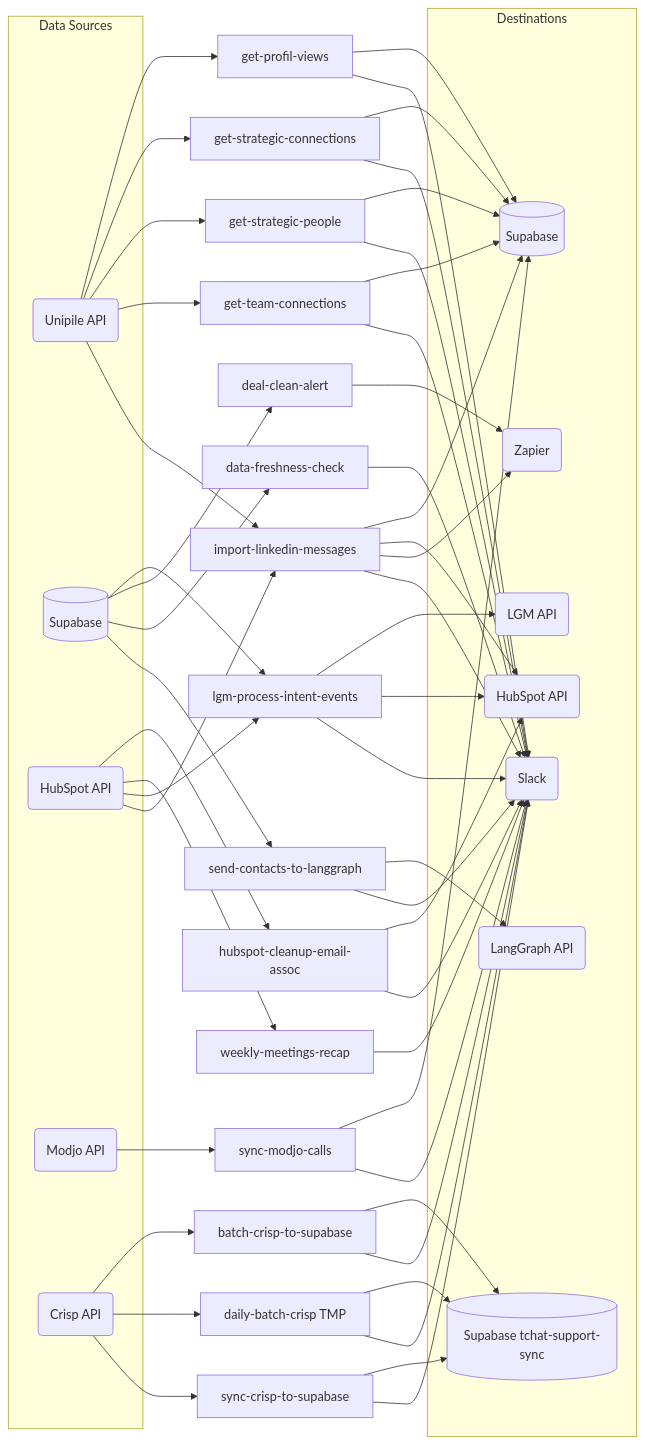
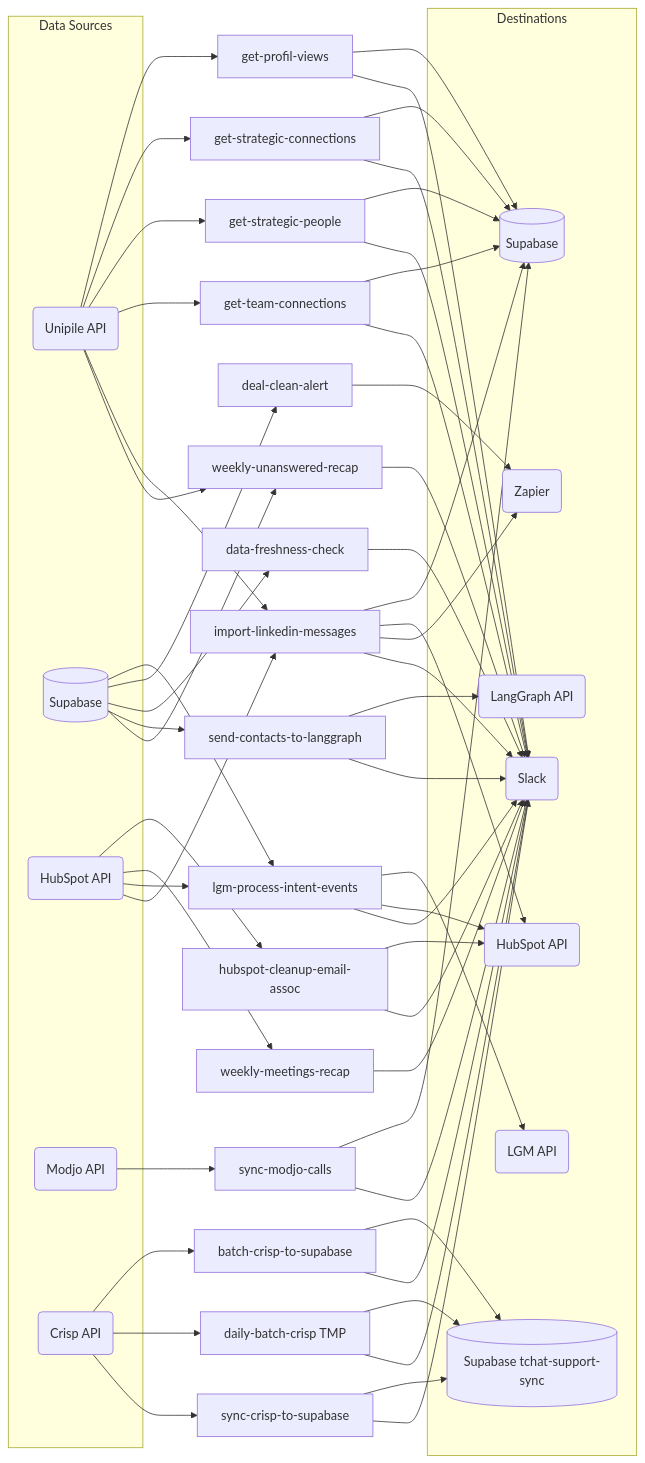
One commit to AirSaas/linkedin-scrapp changed the first of 18 diagrams in CLAUDE.md. Above: the diagram before and after it, drawn with Mermaid. The commit also changed other lines of this file and 2 other files, not shown here.

First line of the commit message:
Add weekly-unanswered-recap task with domain pre-filtering

````diff
--- a/CLAUDE.md
+++ b/CLAUDE.md
@@ -50,42 +51,45 @@
 ```mermaid
 flowchart LR
     subgraph src ["Data Sources"]
         UN(Unipile API)
         SB[(Supabase)]
         HS_I(HubSpot API)
         MJ(Modjo API)
         CR(Crisp API)
     end
 
     subgraph dst ["Destinations"]
         LGM_O(LGM API)
         HS_O(HubSpot API)
         SB_O[(Supabase)]
         SB_CR[(Supabase tchat-support-sync)]
         SL(Slack)
         ZP(Zapier)
         LG(LangGraph API)
     end
 
     UN --> GPV[get-profil-views] & GSC[get-strategic-connections] & GSP[get-strategic-people] & GTC[get-team-connections] & ILM[import-linkedin-messages]
     SB --> LPI[lgm-process-intent-events] & DCA[deal-clean-alert] & DFC[data-freshness-check] & SCL[send-contacts-to-langgraph]
     HS_I --> HCE[hubspot-cleanup-email-assoc] & WMR[weekly-meetings-recap] & LPI & ILM
     MJ --> SMC[sync-modjo-calls]
     CR --> BCS[batch-crisp-to-supabase] & DBCS[daily-batch-crisp TMP] & SCS[sync-crisp-to-supabase]
+    SB --> WUR[weekly-unanswered-recap]
+    UN --> WUR
 
     GPV --> SB_O & SL
     GSC --> SB_O & SL
     GSP --> SB_O & SL
     GTC --> SB_O & SL
     LPI --> LGM_O & HS_O & SL
     HCE --> HS_O & SL
     ILM --> SB_O & HS_O & ZP & SL
     WMR --> SL
     DCA --> ZP
     DFC --> SL
     SMC --> SB_O & SL
     SCL --> LG & SL
     BCS --> SB_CR & SL
     DBCS --> SB_CR & SL
     SCS --> SB_CR & SL
+    WUR --> SL
 ```
````
